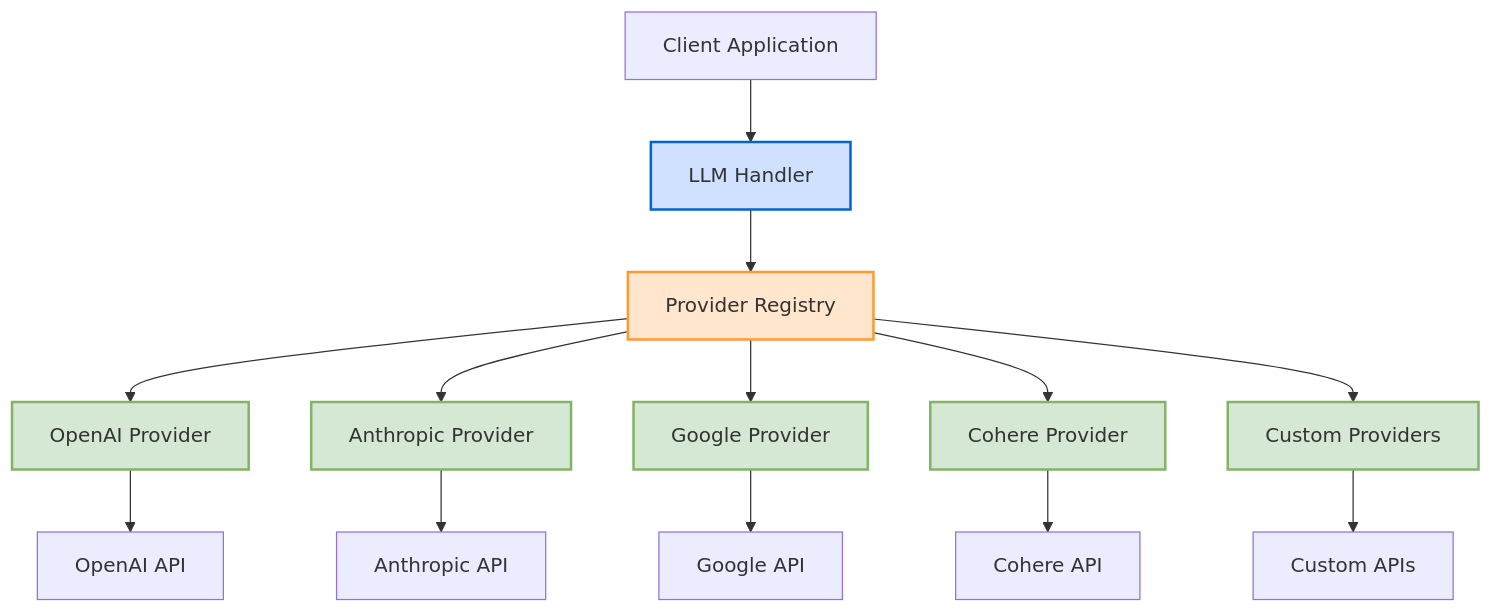
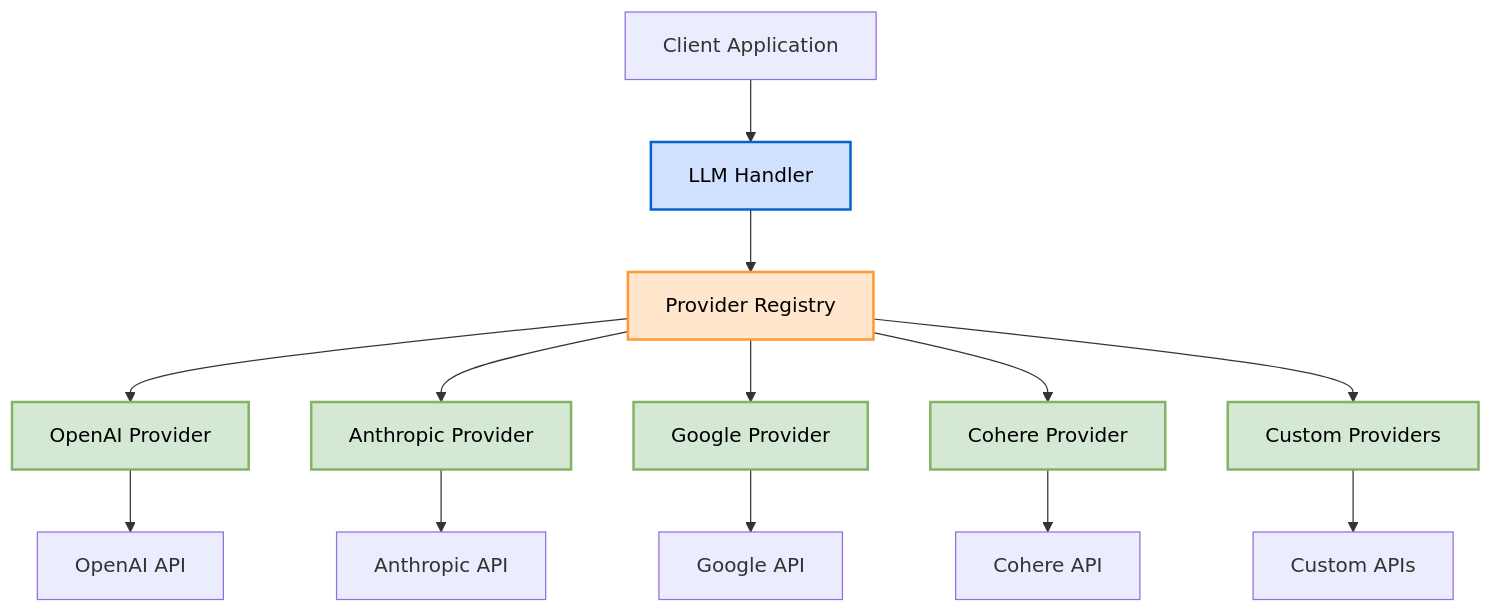
Before and after one commit to PimpMyNines/LLuMinary: the third of 15 diagrams in docs/ARCHITECTURE.md, drawn with Mermaid. The commit also changed other lines of this file and 255 other files, not shown here.

````diff
--- a/docs/ARCHITECTURE.md
+++ b/docs/ARCHITECTURE.md
@@ -56,24 +166,24 @@
 ```mermaid
 graph TD
     Client[Client Application] --> LLMHandler[LLM Handler]
     LLMHandler --> Registry[Provider Registry]
     Registry --> OpenAI[OpenAI Provider]
     Registry --> Anthropic[Anthropic Provider]
     Registry --> Google[Google Provider]
     Registry --> Cohere[Cohere Provider]
     Registry --> Custom[Custom Providers]
 
     OpenAI --> OpenAIAPI[OpenAI API]
     Anthropic --> AnthropicAPI[Anthropic API]
     Google --> GoogleAPI[Google API]
     Cohere --> CohereAPI[Cohere API]
     Custom --> CustomAPI[Custom APIs]
 
-    style LLMHandler fill:#d0e0ff,stroke:#0066cc,stroke-width:2px
-    style Registry fill:#ffe6cc,stroke:#ff9933,stroke-width:2px
-    style OpenAI fill:#d5e8d4,stroke:#82b366,stroke-width:2px
-    style Anthropic fill:#d5e8d4,stroke:#82b366,stroke-width:2px
-    style Google fill:#d5e8d4,stroke:#82b366,stroke-width:2px
-    style Cohere fill:#d5e8d4,stroke:#82b366,stroke-width:2px
-    style Custom fill:#d5e8d4,stroke:#82b366,stroke-width:2px
+    style LLMHandler fill:#d0e0ff,stroke:#0066cc,stroke-width:2px,color:#000000
+    style Registry fill:#ffe6cc,stroke:#ff9933,stroke-width:2px,color:#000000
+    style OpenAI fill:#d5e8d4,stroke:#82b366,stroke-width:2px,color:#000000
+    style Anthropic fill:#d5e8d4,stroke:#82b366,stroke-width:2px,color:#000000
+    style Google fill:#d5e8d4,stroke:#82b366,stroke-width:2px,color:#000000
+    style Cohere fill:#d5e8d4,stroke:#82b366,stroke-width:2px,color:#000000
+    style Custom fill:#d5e8d4,stroke:#82b366,stroke-width:2px,color:#000000
 ```
````
